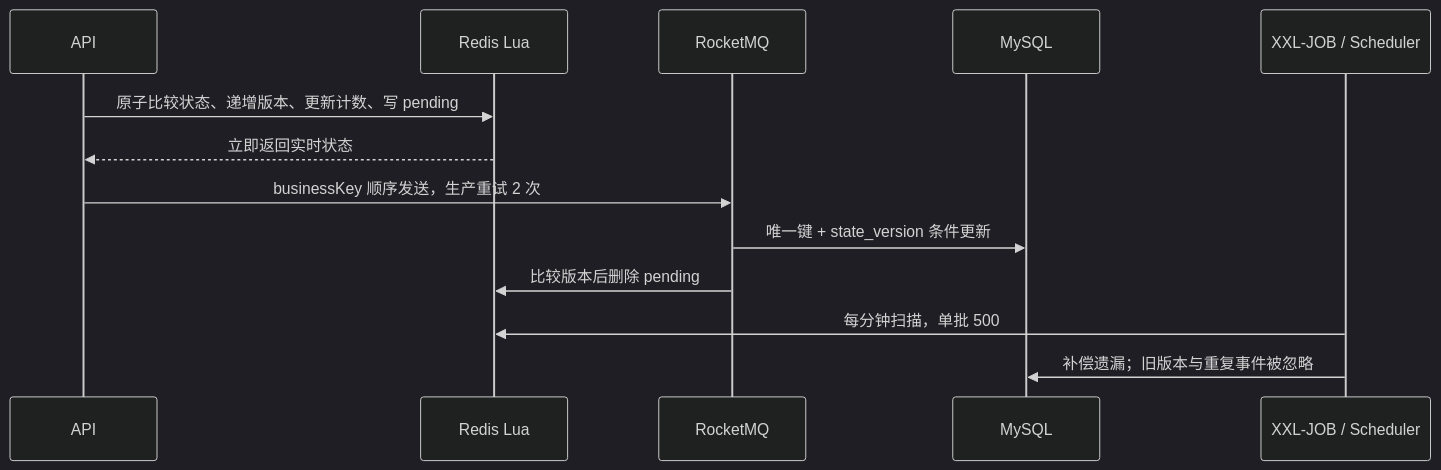
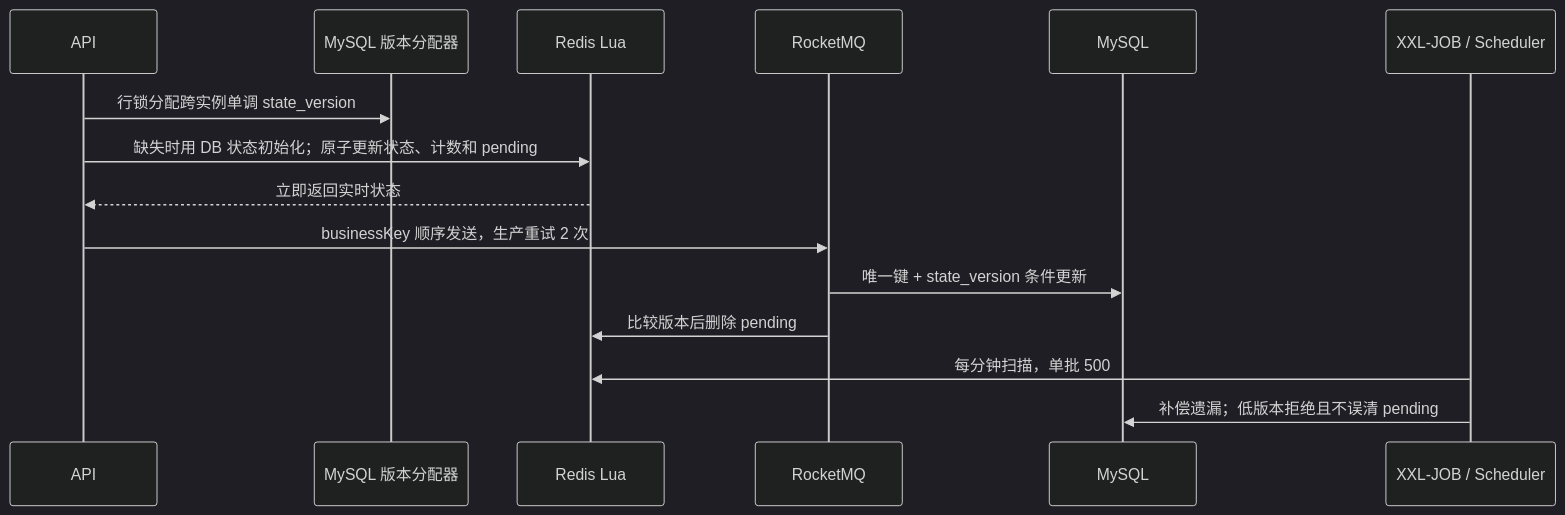
One commit to xianspiderman/dyh-interview-club changed the third of 3 diagrams in README.md. Above: the diagram before and after it, drawn with Mermaid (dark theme). The commit also changed other lines of this file and 69 other files, not shown here.

````diff
--- a/README.md
+++ b/README.md
@@ -80,15 +95,17 @@
 ```mermaid
 sequenceDiagram
     participant A as API
+    participant V as MySQL 版本分配器
     participant R as Redis Lua
     participant M as RocketMQ
     participant D as MySQL
     participant J as XXL-JOB / Scheduler
-    A->>R: 原子比较状态、递增版本、更新计数、写 pending
+    A->>V: 行锁分配跨实例单调 state_version
+    A->>R: 缺失时用 DB 状态初始化；原子更新状态、计数和 pending
     R-->>A: 立即返回实时状态
     A->>M: businessKey 顺序发送，生产重试 2 次
     M->>D: 唯一键 + state_version 条件更新
     M->>R: 比较版本后删除 pending
     J->>R: 每分钟扫描，单批 500
-    J->>D: 补偿遗漏；旧版本与重复事件被忽略
+    J->>D: 补偿遗漏；低版本拒绝且不误清 pending
 ```
````
